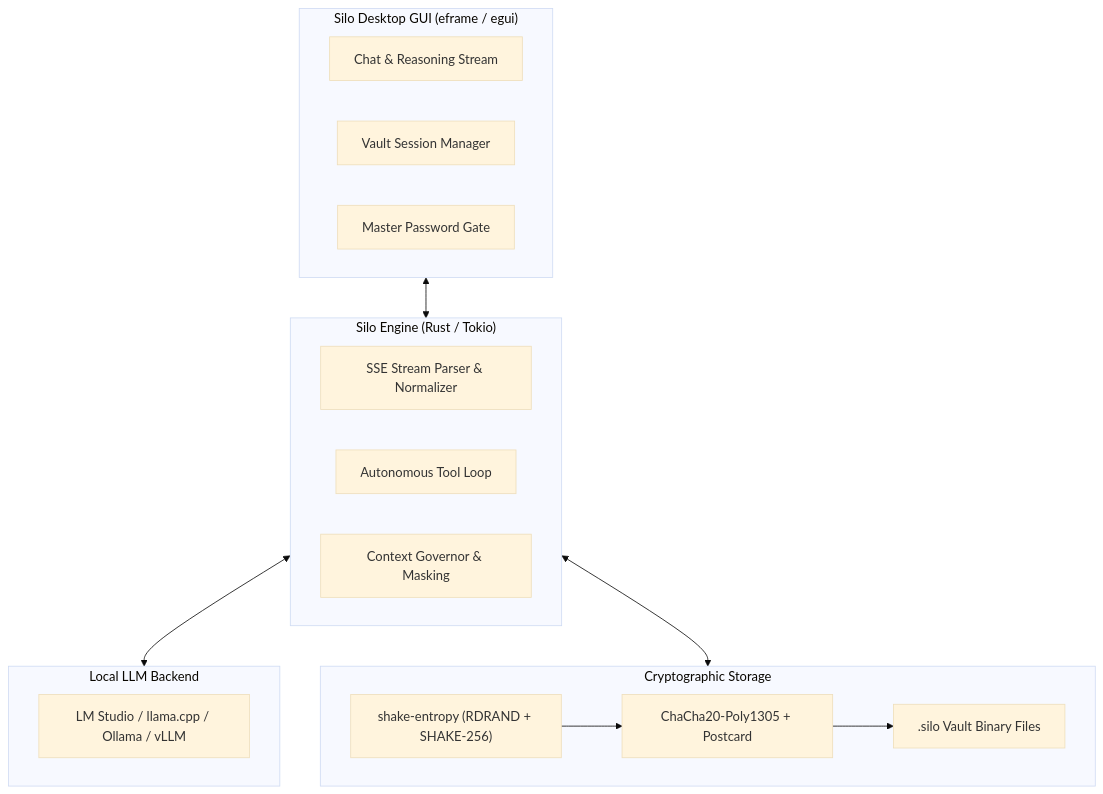
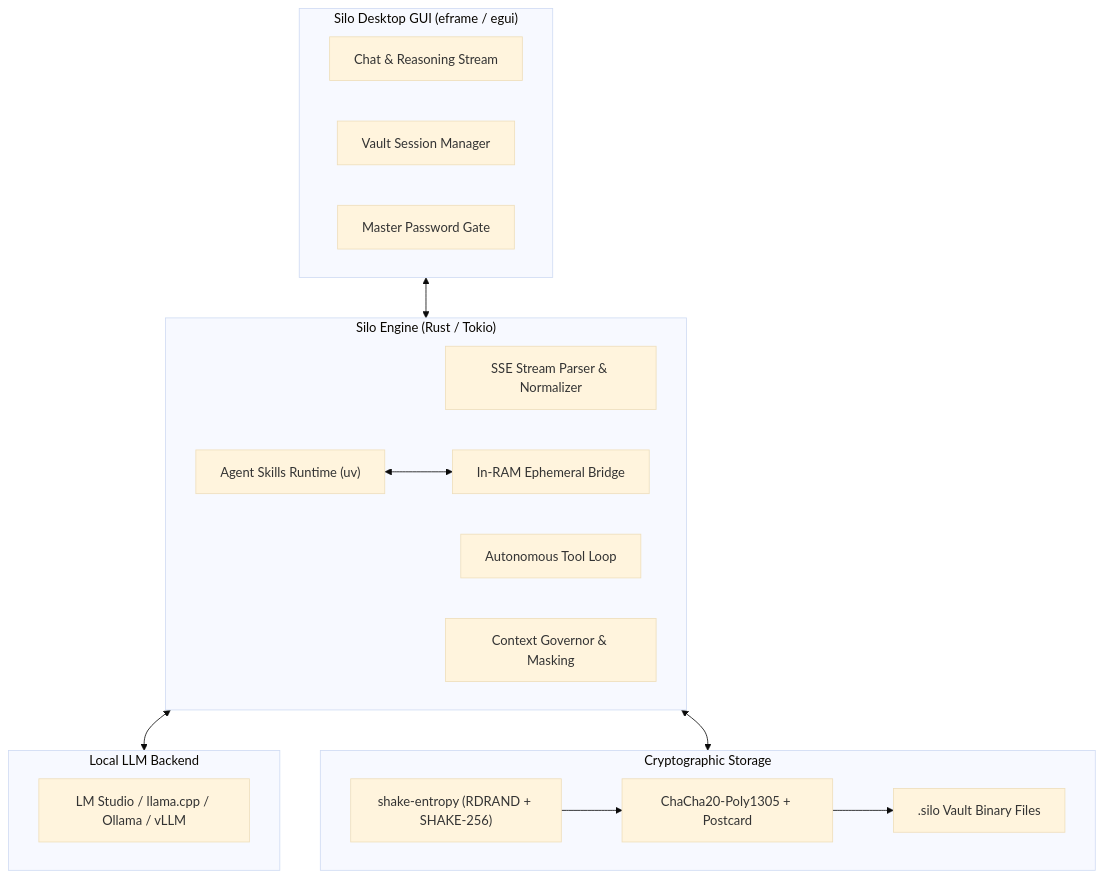
The diagram in README.md (herabel/silo), drawn with Mermaid (base theme) before and after one commit. The commit also changed other lines of this file, not shown here.

````diff
--- a/README.md
+++ b/README.md
@@ -57,30 +63,33 @@
 ```mermaid
 flowchart TD
  subgraph UI ["Silo Desktop GUI (eframe / egui)"]
  ChatView["Chat & Reasoning Stream"]
  Sidebar["Vault Session Manager"]
  LockScreen["Master Password Gate"]
  end
 
  subgraph Core ["Silo Engine (Rust / Tokio)"]
  StreamParser["SSE Stream Parser & Normalizer"]
  ToolExecutor["Autonomous Tool Loop"]
+ SkillsRuntime["Agent Skills Runtime (uv)"]
+ EphemeralBridge["In-RAM Ephemeral Bridge"]
  ContextGov["Context Governor & Masking"]
  end
 
  subgraph Vault ["Cryptographic Storage"]
  Entropy["shake-entropy (RDRAND + SHAKE-256)"]
  AEAD["ChaCha20-Poly1305 + Postcard"]
  Files[".silo Vault Binary Files"]
  end
 
  subgraph Inference ["Local LLM Backend"]
  LMStudio["LM Studio / llama.cpp / Ollama / vLLM"]
  end
 
  UI <--> Core
  Core <--> Inference
  Core <--> Vault
+ SkillsRuntime <--> EphemeralBridge
  Entropy --> AEAD
  AEAD --> Files
 ```
````
